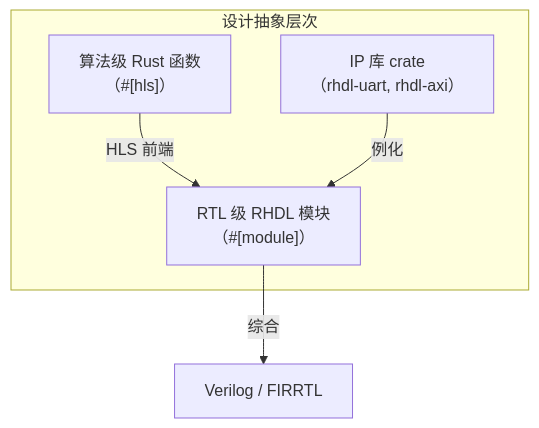
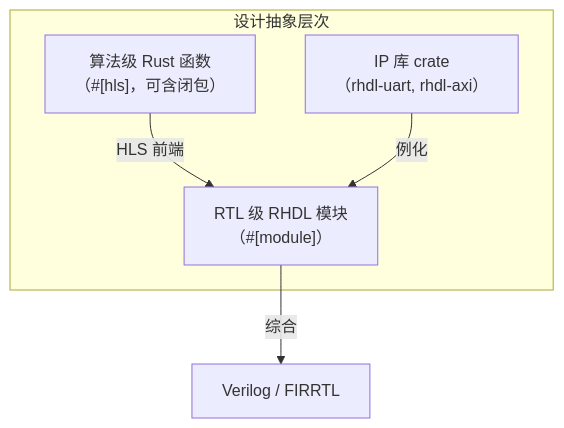
The eighth of 10 diagrams in docs/requirements/1. 项目概述.md (TangCan/bitloom), drawn with Mermaid before and after one commit. The commit also changed other lines of this file, not shown here.

````diff
--- a/docs/requirements/1. 项目概述.md
+++ b/docs/requirements/1. 项目概述.md
@@ -219,12 +203,11 @@
 ```mermaid
 flowchart TB
     subgraph 设计抽象层次
-        L1["算法级 Rust 函数<br>（#[hls]）"]
+        L1["算法级 Rust 函数<br>（#[hls]，可含闭包）"]
         L2["RTL 级 RHDL 模块<br>（#[module]）"]
         L3[IP 库 crate<br>（rhdl-uart, rhdl-axi）]
     end
     L1 -->|HLS 前端| L2
     L3 -->|例化| L2
     L2 -->|综合| L4[Verilog / FIRRTL]
-
 ```
````
